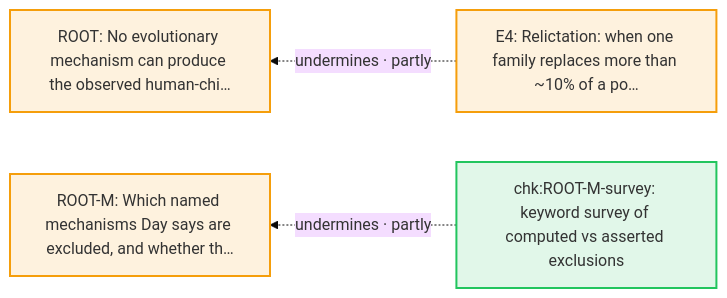
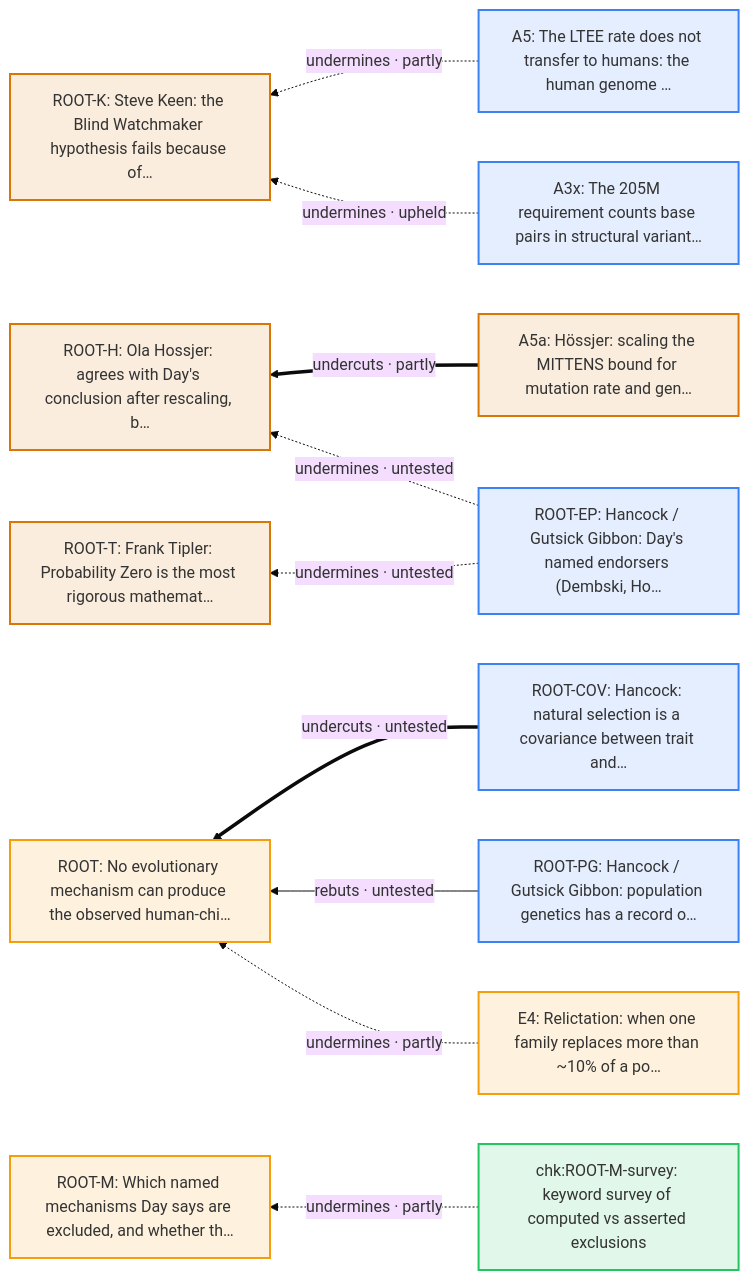
Before and after one commit to nickallevato/evo-sim: diagram 16 of 18 in docs/arguments/defeaters.md, drawn with Mermaid (base theme). The commit also changed other lines of this file and 93 other files, not shown here.

````diff
--- a/docs/arguments/defeaters.md
+++ b/docs/arguments/defeaters.md
@@ -696,14 +789,30 @@
 ```mermaid
 flowchart RL
   classDef day fill:#f59e0b22,stroke:#f59e0b,stroke-width:2px
   classDef ally fill:#d9770622,stroke:#d97706,stroke-width:2px
   classDef critic fill:#3b82f622,stroke:#3b82f6,stroke-width:2px
   classDef literature fill:#a3a3a322,stroke:#a3a3a3,stroke-width:2px
   classDef audit fill:#22c55e22,stroke:#22c55e,stroke-width:2px
+  A3x["A3x: The 205M requirement counts base pairs in structural variant…"]:::critic
+  A5["A5: The LTEE rate does not transfer to humans: the human genome …"]:::critic
+  A5a["A5a: Hössjer: scaling the MITTENS bound for mutation rate and gen…"]:::ally
   E4["E4: Relictation: when one family replaces more than ~10% of a po…"]:::day
   ROOT["ROOT: No evolutionary mechanism can produce the observed human-chi…"]:::day
+  ROOT_COV["ROOT-COV: Hancock: natural selection is a covariance between trait and…"]:::critic
+  ROOT_EP["ROOT-EP: Hancock / Gutsick Gibbon: Day's named endorsers (Dembski, Ho…"]:::critic
+  ROOT_H["ROOT-H: Ola Hossjer: agrees with Day's conclusion after rescaling, b…"]:::ally
+  ROOT_K["ROOT-K: Steve Keen: the Blind Watchmaker hypothesis fails because of…"]:::ally
   ROOT_M["ROOT-M: Which named mechanisms Day says are excluded, and whether th…"]:::day
+  ROOT_PG["ROOT-PG: Hancock / Gutsick Gibbon: population genetics has a record o…"]:::critic
+  ROOT_T["ROOT-T: Frank Tipler: Probability Zero is the most rigorous mathemat…"]:::ally
   chk_ROOT_M_survey["chk:ROOT-M-survey: keyword survey of computed vs asserted exclusions"]:::audit
   E4 -.->|"undermines · partly"| ROOT
+  ROOT_PG -->|"rebuts · untested"| ROOT
+  ROOT_COV ==>|"undercuts · untested"| ROOT
+  ROOT_EP -.->|"undermines · untested"| ROOT_H
+  A5a ==>|"undercuts · partly"| ROOT_H
+  A3x -.->|"undermines · upheld"| ROOT_K
+  A5 -.->|"undermines · partly"| ROOT_K
   chk_ROOT_M_survey -.->|"undermines · partly"| ROOT_M
+  ROOT_EP -.->|"undermines · untested"| ROOT_T
 ```
````
